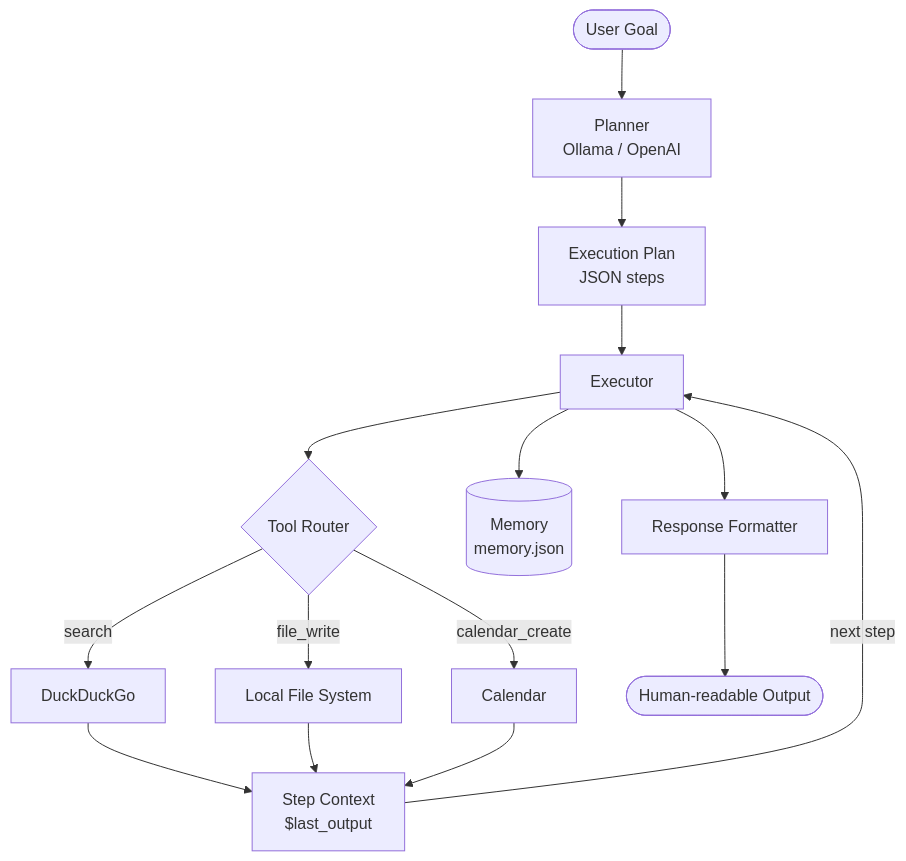
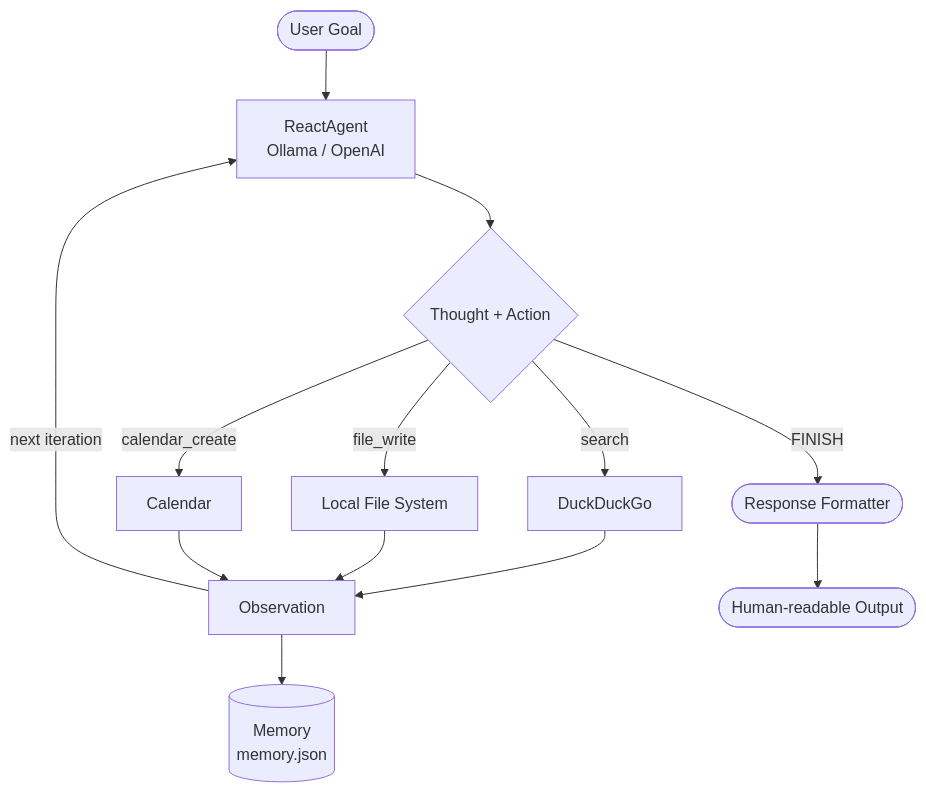
Before and after one commit to Shekharpadhy/tool-agent: the first of 2 diagrams in README.md, drawn with Mermaid. The commit also changed other lines of this file and 3 other files, not shown here.

````diff
--- a/README.md
+++ b/README.md
@@ -7,17 +11,15 @@
 ```mermaid
 flowchart TD
-    A([User Goal]) --> B[Planner\nOllama / OpenAI]
-    B --> C[Execution Plan\nJSON steps]
-    C --> D[Executor]
-    D --> E{Tool Router}
-    E -->|search| F[DuckDuckGo]
-    E -->|file_write| G[Local File System]
-    E -->|calendar_create| H[Calendar]
-    F --> I[Step Context\n$last_output]
-    G --> I
-    H --> I
-    I -->|next step| D
-    D --> J[(Memory\nmemory.json)]
-    D --> K[Response Formatter]
-    K --> L([Human-readable Output])
+    A([User Goal]) --> B[ReactAgent\nOllama / OpenAI]
+    B --> C{Thought + Action}
+    C -->|search| D[DuckDuckGo]
+    C -->|file_write| E[Local File System]
+    C -->|calendar_create| F[Calendar]
+    C -->|FINISH| G([Response Formatter])
+    D --> H[Observation]
+    E --> H
+    F --> H
+    H --> I[(Memory\nmemory.json)]
+    H -->|next iteration| B
+    G --> J([Human-readable Output])
 ```
````
